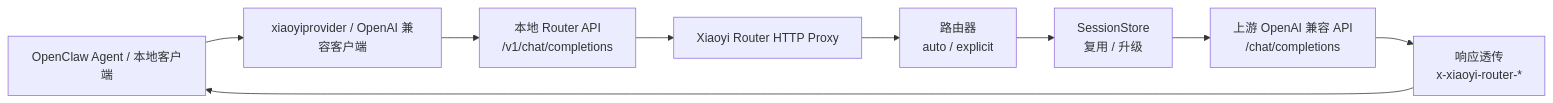
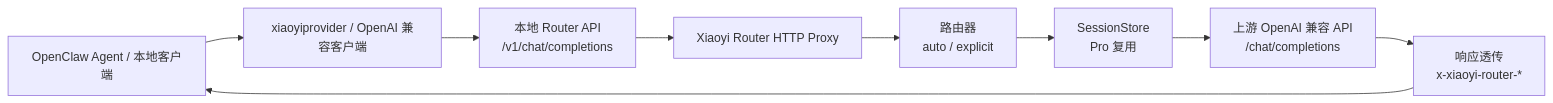
The first of 8 diagrams in docs/design.md (Crush12999/deepseek-router-mini), drawn with Mermaid before and after one commit. The commit also changed other lines of this file and 3 other files, not shown here.

````diff
--- a/docs/design.md
+++ b/docs/design.md
@@ -59,14 +59,14 @@
 ```mermaid
 flowchart LR
   client[OpenClaw Agent / 本地客户端]
   provider[xiaoyiprovider / OpenAI 兼容客户端]
   localApi[本地 Router API<br/>/v1/chat/completions]
   proxy[Xiaoyi Router HTTP Proxy]
   router[路由器<br/>auto / explicit]
-  session[SessionStore<br/>复用 / 升级]
+  session[SessionStore<br/>Pro 复用]
   upstream[上游 OpenAI 兼容 API<br/>/chat/completions]
   response[响应透传<br/>x-xiaoyi-router-*]
 
   client --> provider --> localApi --> proxy
   proxy --> router --> session --> upstream --> response --> client
 ```
````
